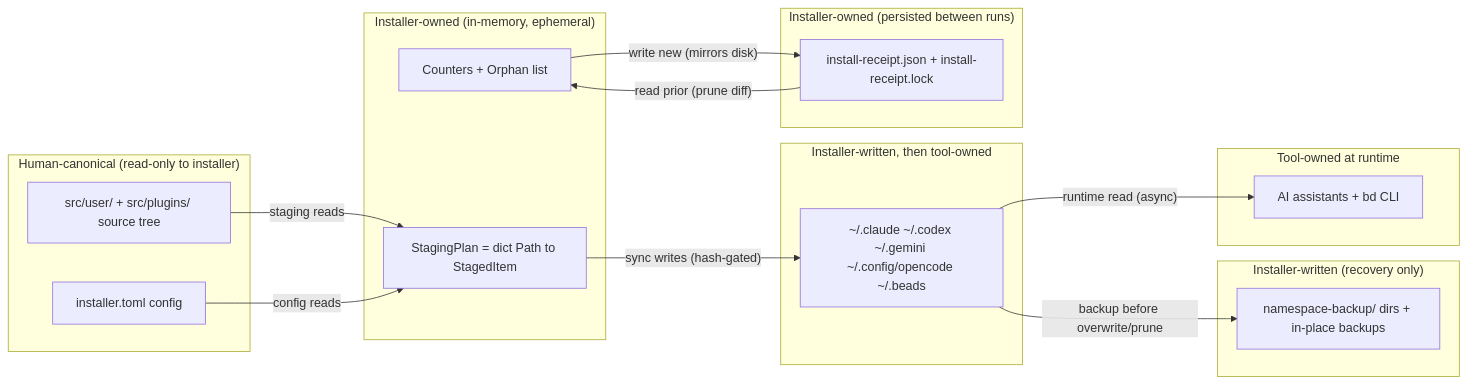
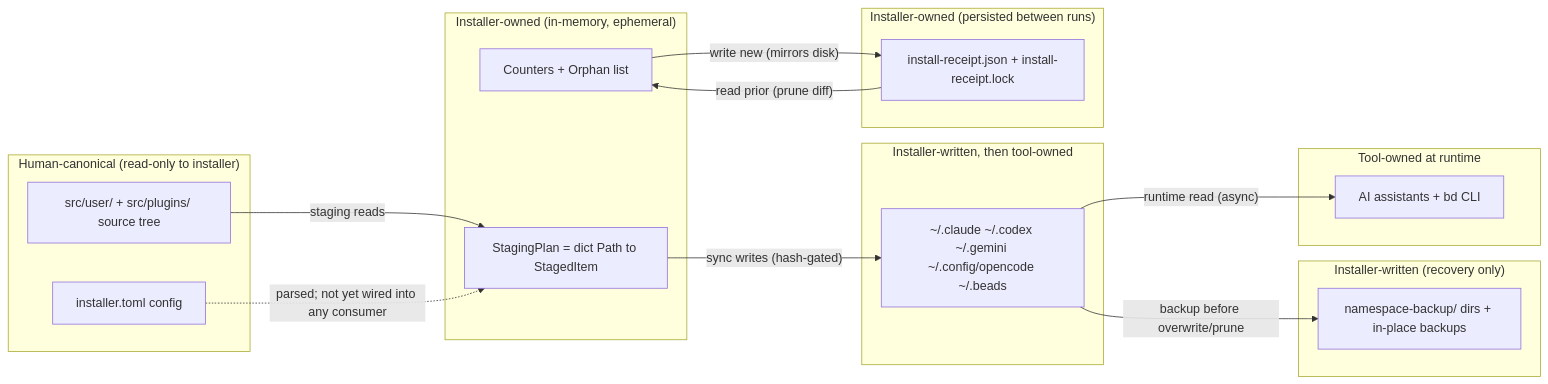
Before and after one commit to scotthamilton77/agents-config: the third of 3 diagrams in docs/architecture/installer/data-view.md, drawn with Mermaid. The commit also changed other lines of this file and 27 other files, not shown here.

````diff
--- a/docs/architecture/installer/data-view.md
+++ b/docs/architecture/installer/data-view.md
@@ -170,36 +173,36 @@
 ```mermaid
 flowchart LR
     subgraph HUMAN["Human-canonical (read-only to installer)"]
         S1[src/user/ + src/plugins/ source tree]
         S2[installer.toml config]
     end
 
     subgraph MEM["Installer-owned (in-memory, ephemeral)"]
         M1[StagingPlan = dict Path to StagedItem]
         M2[Counters + Orphan list]
     end
 
     subgraph DISK["Installer-written, then tool-owned"]
         D1[~/.claude ~/.codex ~/.gemini ~/.config/opencode ~/.beads]
     end
 
     subgraph BAK["Installer-written (recovery only)"]
         B1[namespace-backup/ dirs + in-place backups]
     end
 
     subgraph STATE["Installer-owned (persisted between runs)"]
         R1[install-receipt.json + install-receipt.lock]
     end
 
     subgraph TOOLS["Tool-owned at runtime"]
         T1[AI assistants + bd CLI]
     end
 
     S1 -->|"staging reads"| M1
-    S2 -->|"config reads"| M1
+    S2 -.->|"parsed; not yet wired into any consumer"| M1
     M1 -->|"sync writes (hash-gated)"| D1
     D1 -->|"backup before overwrite/prune"| B1
     R1 -->|"read prior (prune diff)"| M2
     M2 -->|"write new (mirrors disk)"| R1
     D1 -->|"runtime read (async)"| T1
 ```
````
